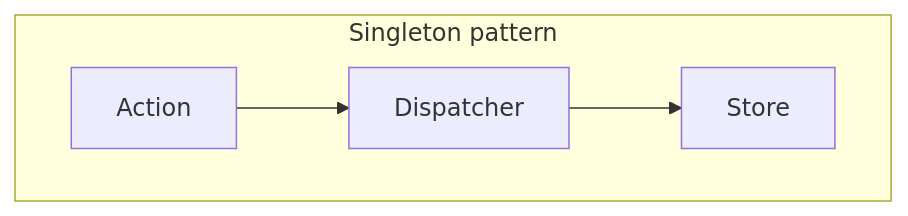
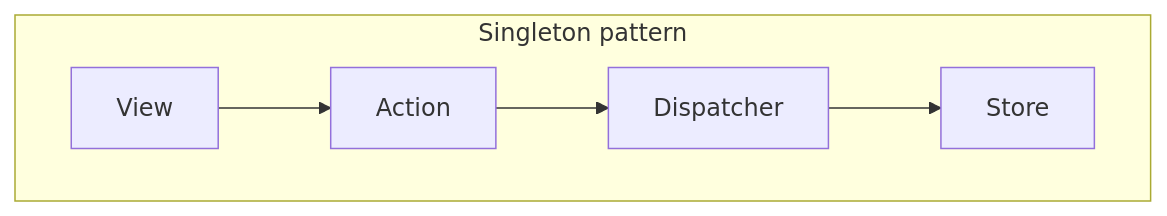
The first of 2 diagrams in docs/Plan/flux-pattern.mdx (MechaChen/mechachen.github.io), drawn with Mermaid before and after one commit. The commit also changed other lines of this file and 37 other files, not shown here.

````diff
--- a/docs/Plan/flux-pattern.mdx
+++ b/docs/Plan/flux-pattern.mdx
@@ -51,8 +61,9 @@
 ```mermaid
 flowchart LR
 subgraph Singleton pattern
 direction LR
+View --> Action
 Action --> Dispatcher
 Dispatcher --> Store
 end
 ```
````
